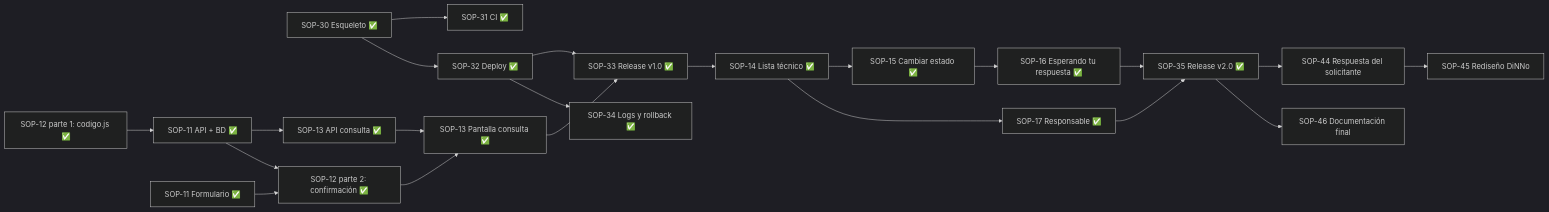
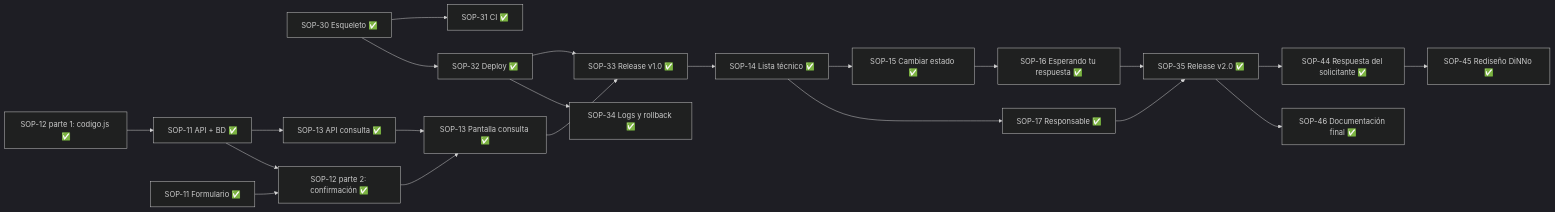
Before and after one commit to plag-soporte-eci/siguetucaso: the diagram in AGENTS.md, drawn with Mermaid (dark theme). The commit also changed other lines of this file and 20 other files, not shown here.

Commit message:
SOP-45 rediseña el front con la identidad visual de DiNNo y limpia comentarios desactualizados (#27)

````diff
--- a/AGENTS.md
+++ b/AGENTS.md
@@ -189,23 +189,23 @@
 ```mermaid
 flowchart LR
   S30[SOP-30 Esqueleto ✅] --> S31[SOP-31 CI ✅]
   S30 --> S32[SOP-32 Deploy ✅]
   S12a[SOP-12 parte 1: codigo.js ✅] --> S11b[SOP-11 API + BD ✅]
   S11b --> S13b[SOP-13 API consulta ✅]
   S11f[SOP-11 Formulario ✅] --> S12b[SOP-12 parte 2: confirmación ✅]
   S11b --> S12b
   S12b --> S13f[SOP-13 Pantalla consulta ✅]
   S13b --> S13f
   S13f --> S33[SOP-33 Release v1.0 ✅]
   S32 --> S33
   S33 --> S14[SOP-14 Lista técnico ✅]
   S14 --> S15[SOP-15 Cambiar estado ✅]
   S15 --> S16[SOP-16 Esperando tu respuesta ✅]
   S14 --> S17[SOP-17 Responsable ✅]
   S16 --> S35[SOP-35 Release v2.0 ✅]
   S17 --> S35
   S32 --> S34[SOP-34 Logs y rollback ✅]
-  S35 --> S44[SOP-44 Respuesta del solicitante]
-  S44 --> S45[SOP-45 Rediseño DiNNo]
-  S35 --> S46[SOP-46 Documentación final]
+  S35 --> S44[SOP-44 Respuesta del solicitante ✅]
+  S44 --> S45[SOP-45 Rediseño DiNNo ✅]
+  S35 --> S46[SOP-46 Documentación final ✅]
 ```
````
